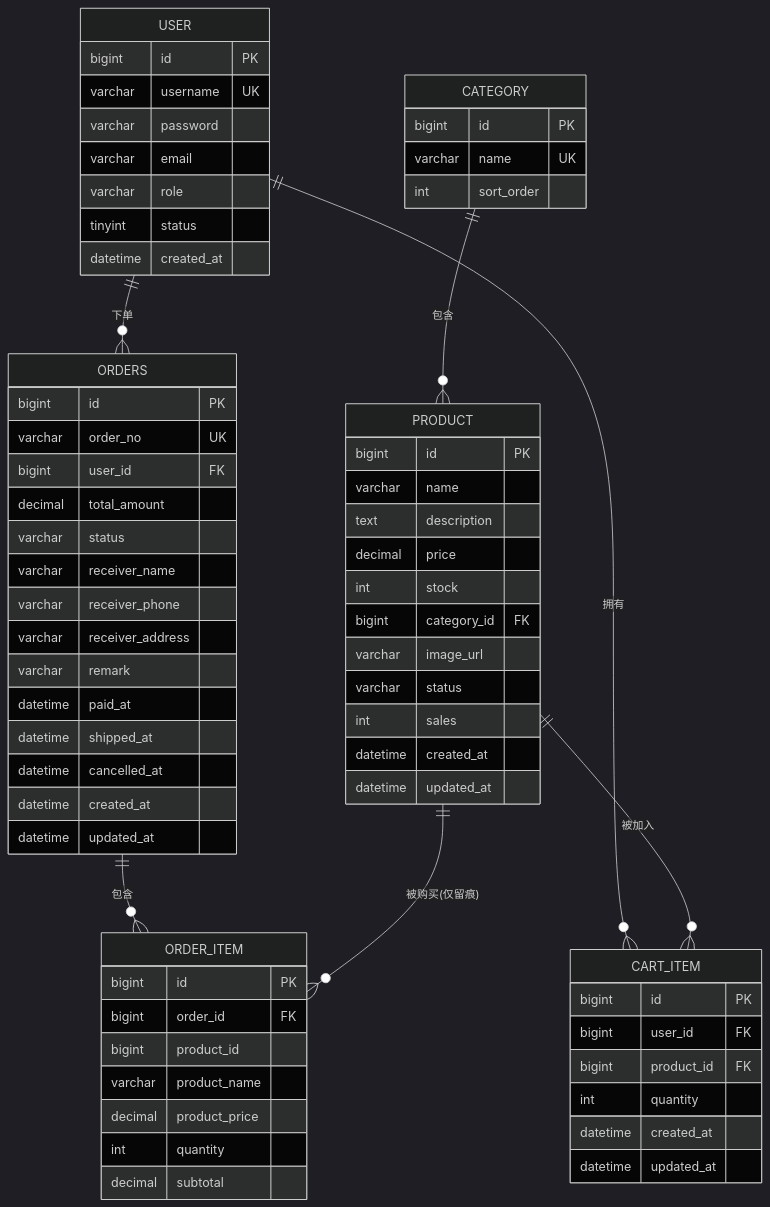
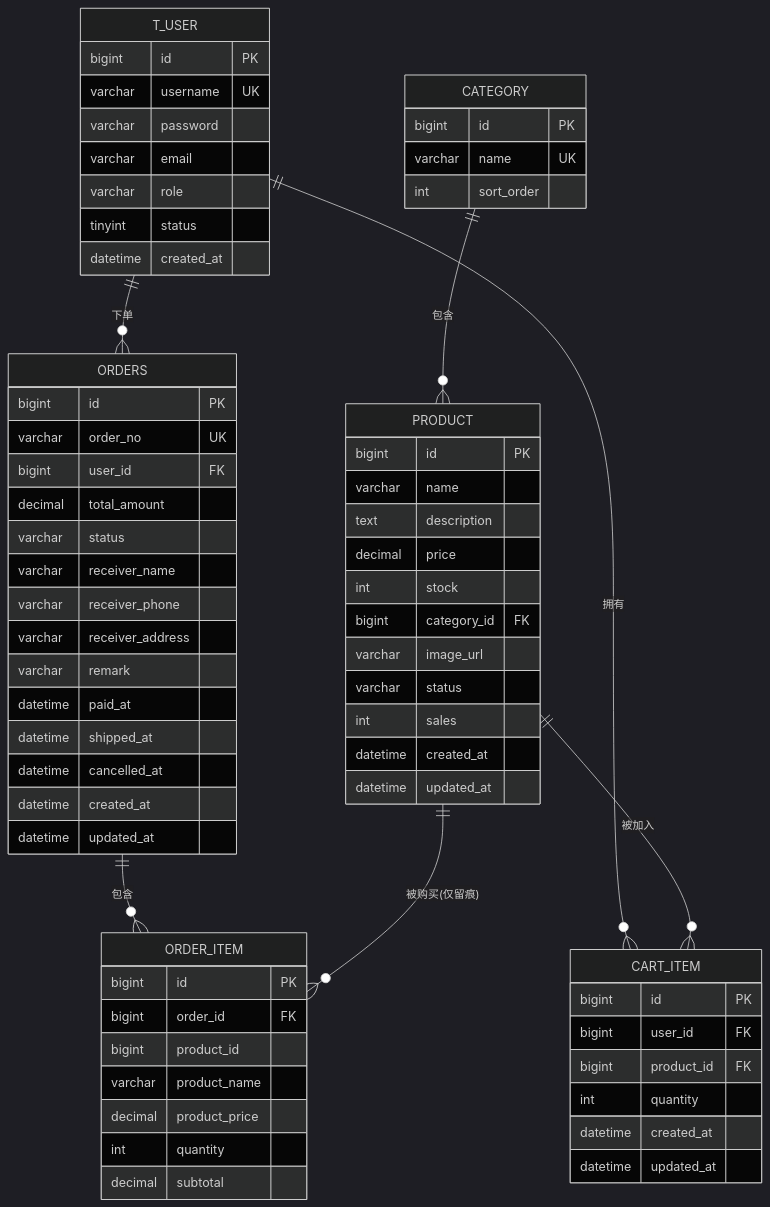
The diagram in docs/项目计划书.md (lala407/ShopSphere), drawn with Mermaid (dark theme) before and after one commit. The commit also changed other lines of this file and 6 other files, not shown here.

````diff
--- a/docs/项目计划书.md
+++ b/docs/项目计划书.md
@@ -309,70 +309,70 @@
 ```mermaid
 erDiagram
-    USER ||--o{ ORDERS : "下单"
-    USER ||--o{ CART_ITEM : "拥有"
+    T_USER ||--o{ ORDERS : "下单"
+    T_USER ||--o{ CART_ITEM : "拥有"
     CATEGORY ||--o{ PRODUCT : "包含"
     ORDERS ||--o{ ORDER_ITEM : "包含"
     PRODUCT ||--o{ CART_ITEM : "被加入"
     PRODUCT ||--o{ ORDER_ITEM : "被购买(仅留痕)"
 
-    USER {
+    T_USER {
         bigint id PK
         varchar username UK
         varchar password
         varchar email
         varchar role
         tinyint status
         datetime created_at
     }
     CATEGORY {
         bigint id PK
         varchar name UK
         int sort_order
     }
     PRODUCT {
         bigint id PK
         varchar name
         text description
         decimal price
         int stock
         bigint category_id FK
         varchar image_url
         varchar status
         int sales
         datetime created_at
         datetime updated_at
     }
     CART_ITEM {
         bigint id PK
         bigint user_id FK
         bigint product_id FK
         int quantity
         datetime created_at
         datetime updated_at
     }
     ORDERS {
         bigint id PK
         varchar order_no UK
         bigint user_id FK
         decimal total_amount
         varchar status
         varchar receiver_name
         varchar receiver_phone
         varchar receiver_address
         varchar remark
         datetime paid_at
         datetime shipped_at
         datetime cancelled_at
         datetime created_at
         datetime updated_at
     }
     ORDER_ITEM {
         bigint id PK
         bigint order_id FK
         bigint product_id
         varchar product_name
         decimal product_price
         int quantity
         decimal subtotal
     }
 ```
````
